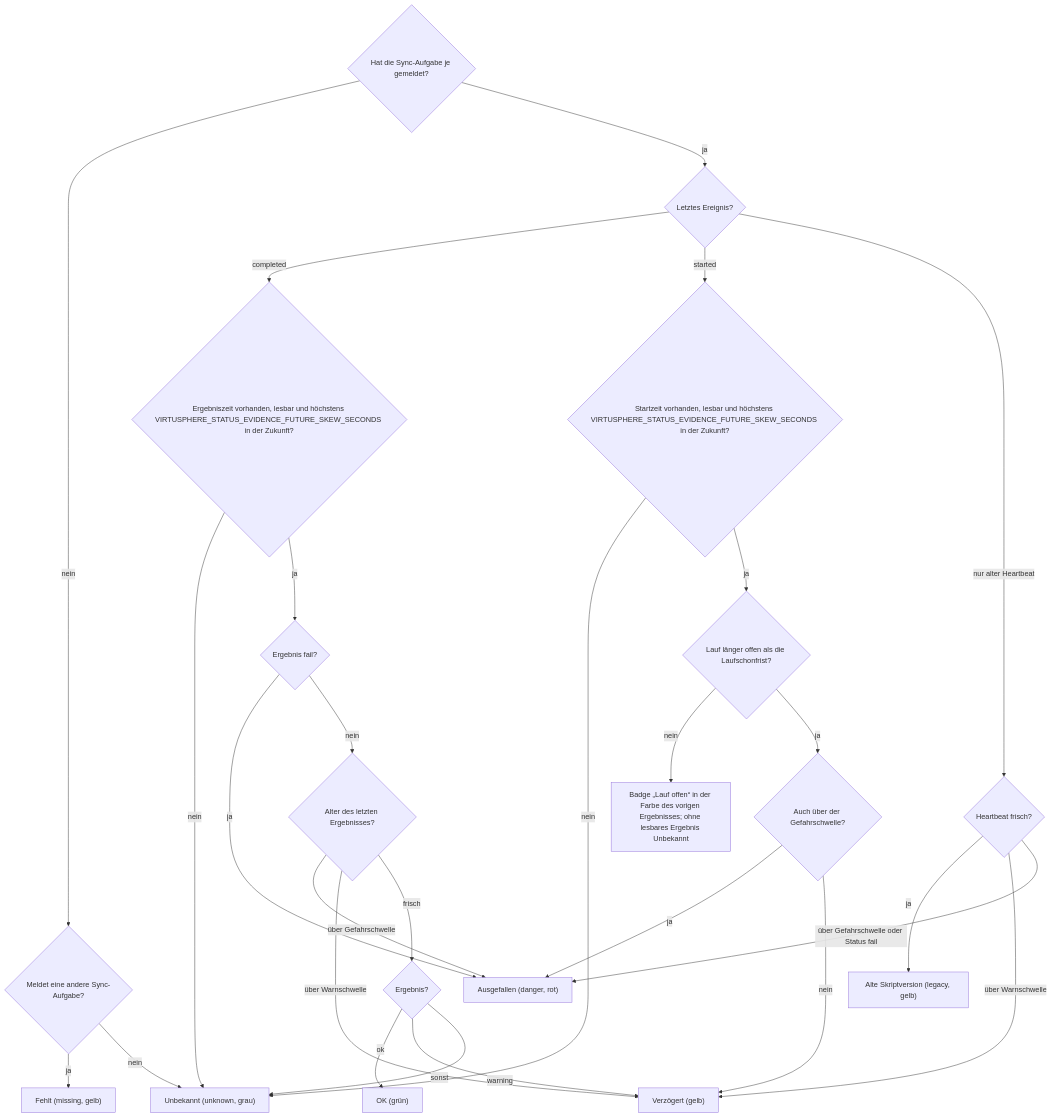
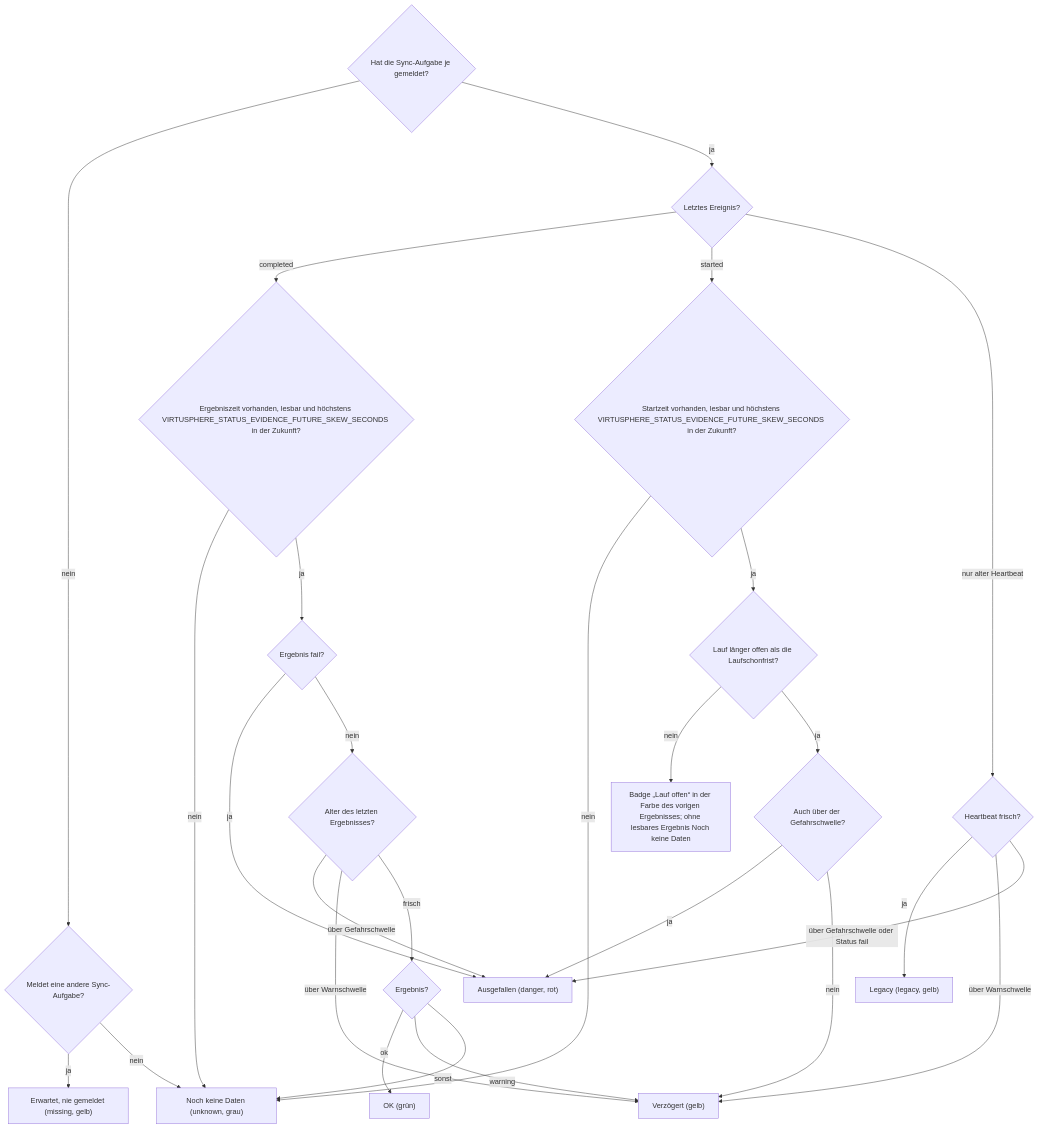
One commit to Samy94M/VirtuSphere-v2-WebApp changed the second of 8 diagrams in docs/operations/system-status-checks.md. Above: the diagram before and after it, drawn with Mermaid. The commit also changed other lines of this file and 39 other files, not shown here.

````diff
--- a/docs/operations/system-status-checks.md
+++ b/docs/operations/system-status-checks.md
@@ -57,29 +57,29 @@
 ```mermaid
 flowchart TD
   A{"Hat die Sync-Aufgabe je gemeldet?"} -->|nein| A1{"Meldet eine andere Sync-Aufgabe?"}
-  A1 -->|ja| MI["Fehlt (missing, gelb)"]
-  A1 -->|nein| UK["Unbekannt (unknown, grau)"]
+  A1 -->|ja| MI["Erwartet, nie gemeldet (missing, gelb)"]
+  A1 -->|nein| UK["Noch keine Daten (unknown, grau)"]
   A -->|ja| L{"Letztes Ereignis?"}
   L -->|completed| CT{"Ergebniszeit vorhanden, lesbar und höchstens VIRTUSPHERE_STATUS_EVIDENCE_FUTURE_SKEW_SECONDS in der Zukunft?"}
   CT -->|nein| UK
   CT -->|ja| CP{"Ergebnis fail?"}
   CP -->|ja| RD["Ausgefallen (danger, rot)"]
   CP -->|nein| CA{"Alter des letzten Ergebnisses?"}
   CA -->|über Gefahrschwelle| RD
   CA -->|über Warnschwelle| YL["Verzögert (gelb)"]
   CA -->|frisch| CO{"Ergebnis?"}
   CO -->|ok| GR["OK (grün)"]
   CO -->|warning| YL
   CO -->|sonst| UK
   L -->|started| SZ{"Startzeit vorhanden, lesbar und höchstens VIRTUSPHERE_STATUS_EVIDENCE_FUTURE_SKEW_SECONDS in der Zukunft?"}
   SZ -->|nein| UK
   SZ -->|ja| ST{"Lauf länger offen als die Laufschonfrist?"}
-  ST -->|nein| SR["Badge „Lauf offen“ in der Farbe des vorigen Ergebnisses; ohne lesbares Ergebnis Unbekannt"]
+  ST -->|nein| SR["Badge „Lauf offen“ in der Farbe des vorigen Ergebnisses; ohne lesbares Ergebnis Noch keine Daten"]
   ST -->|ja| SD{"Auch über der Gefahrschwelle?"}
   SD -->|ja| RD
   SD -->|nein| YL
   L -->|nur alter Heartbeat| LG{"Heartbeat frisch?"}
-  LG -->|ja| LE["Alte Skriptversion (legacy, gelb)"]
+  LG -->|ja| LE["Legacy (legacy, gelb)"]
   LG -->|über Warnschwelle| YL
   LG -->|über Gefahrschwelle oder Status fail| RD
 ```
````
